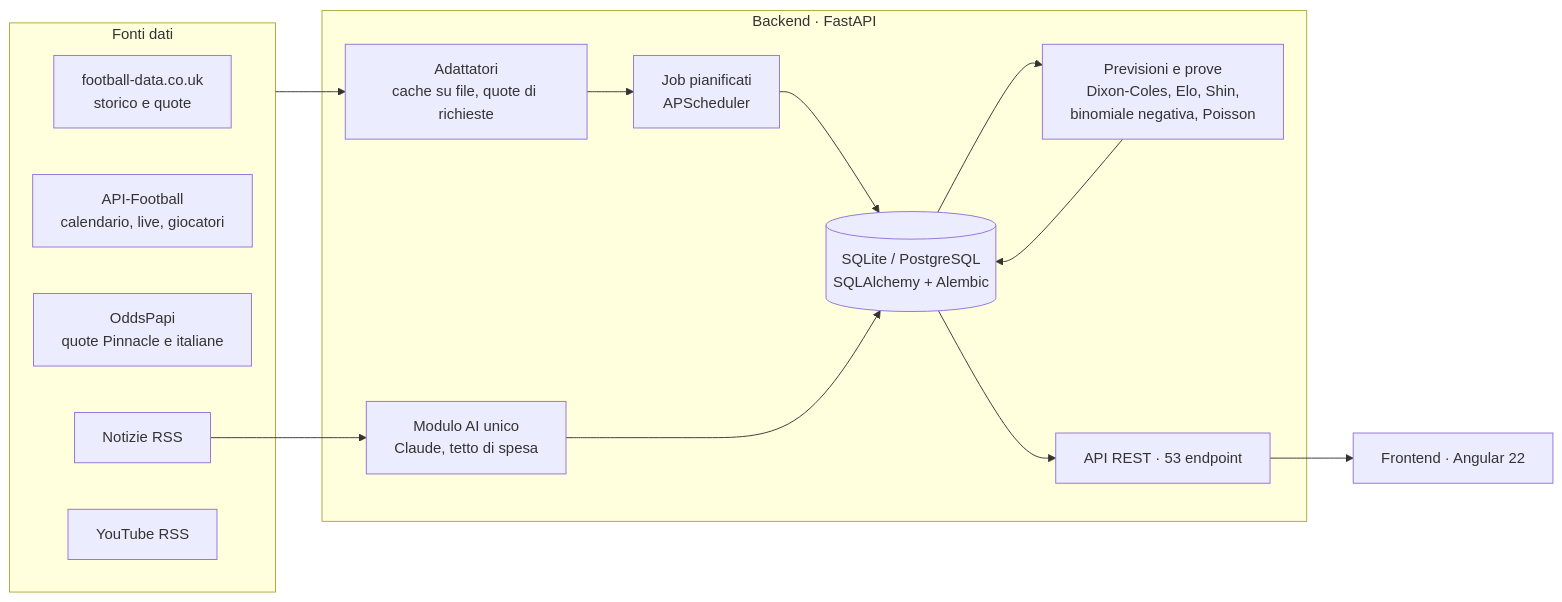
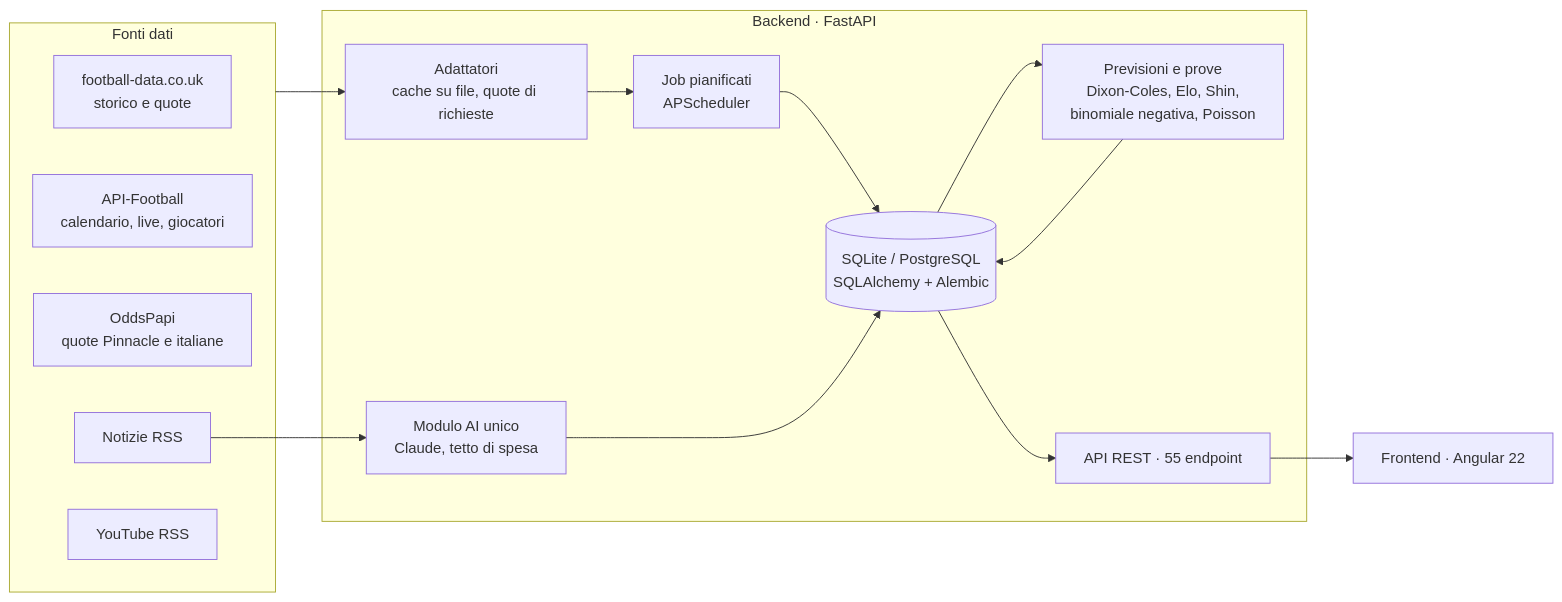
The diagram in README.md (giuseppecorso/archiebet), drawn with Mermaid before and after one commit. The commit also changed other lines of this file and 5 other files, not shown here.

````diff
--- a/README.md
+++ b/README.md
@@ -73,23 +73,23 @@
 ```mermaid
 flowchart LR
   subgraph Fonti["Fonti dati"]
     FD[football-data.co.uk<br/>storico e quote]
     AF[API-Football<br/>calendario, live, giocatori]
     OP[OddsPapi<br/>quote Pinnacle e italiane]
     NW[Notizie RSS]
     YT[YouTube RSS]
   end
   subgraph Backend["Backend · FastAPI"]
     AD[Adattatori<br/>cache su file, quote di richieste]
     JOB[Job pianificati<br/>APScheduler]
     DB[(SQLite / PostgreSQL<br/>SQLAlchemy + Alembic)]
     FC[Previsioni e prove<br/>Dixon-Coles, Elo, Shin,<br/>binomiale negativa, Poisson]
     AI[Modulo AI unico<br/>Claude, tetto di spesa]
-    API[API REST · 53 endpoint]
+    API[API REST · 55 endpoint]
   end
   FE[Frontend · Angular 22]
   Fonti --> AD --> JOB --> DB
   DB --> FC --> DB
   NW --> AI --> DB
   DB --> API --> FE
 ```
````
